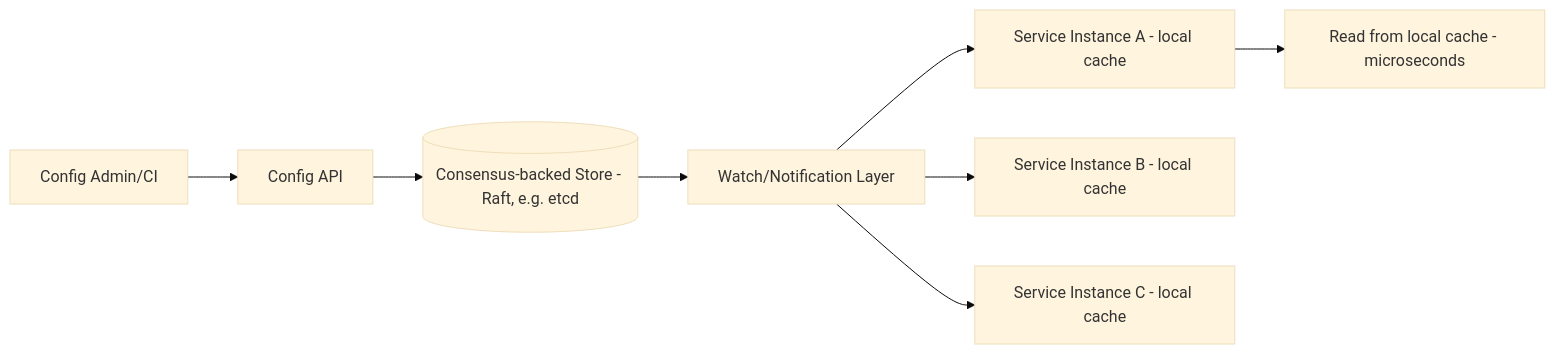
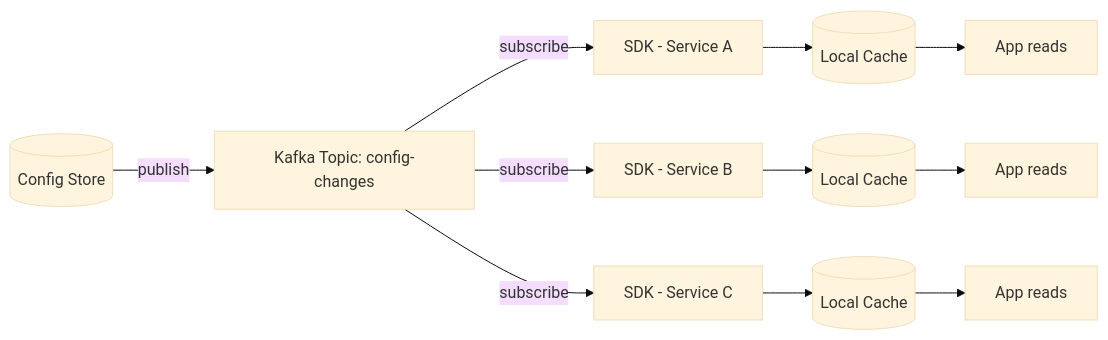
The sixth of 18 diagrams in docs/system-design/high-level/designing/advanced/distributed-configuration-management-system.md (abhishekghoshh/system-design-helper), drawn with Mermaid (base theme) before and after one commit. The commit also changed other lines of this file and 107 other files, not shown here.

````diff
--- a/docs/system-design/high-level/designing/advanced/distributed-configuration-management-system.md
+++ b/docs/system-design/high-level/designing/advanced/distributed-configuration-management-system.md
@@ -702,10 +607,13 @@
 ```mermaid
-flowchart LR
-    Admin[Config Admin/CI] --> ConfigAPI[Config API]
-    ConfigAPI --> ConsensusStore[(Consensus-backed Store - Raft, e.g. etcd)]
-    ConsensusStore --> WatchNotifier[Watch/Notification Layer]
-    WatchNotifier --> ServiceInstance1[Service Instance A - local cache]
-    WatchNotifier --> ServiceInstance2[Service Instance B - local cache]
-    WatchNotifier --> ServiceInstance3[Service Instance C - local cache]
-    ServiceInstance1 --> LocalRead[Read from local cache - microseconds]
+graph LR
+    STORE[(Config Store)] -->|publish| KAFKA[Kafka Topic: config-changes]
+    KAFKA -->|subscribe| SDK1[SDK - Service A]
+    KAFKA -->|subscribe| SDK2[SDK - Service B]
+    KAFKA -->|subscribe| SDK3[SDK - Service C]
+    SDK1 --> CACHE1[(Local Cache)]
+    SDK2 --> CACHE2[(Local Cache)]
+    SDK3 --> CACHE3[(Local Cache)]
+    CACHE1 --> APP1[App reads]
+    CACHE2 --> APP2[App reads]
+    CACHE3 --> APP3[App reads]
 ```
````
